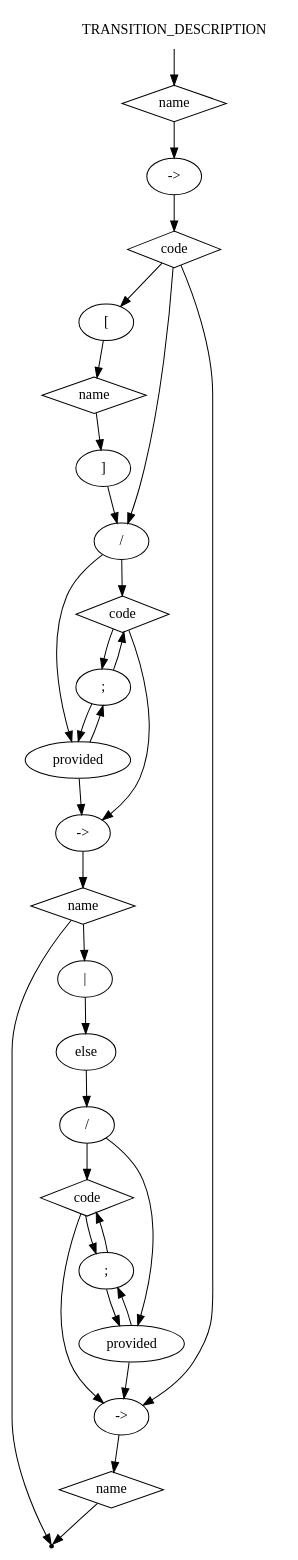
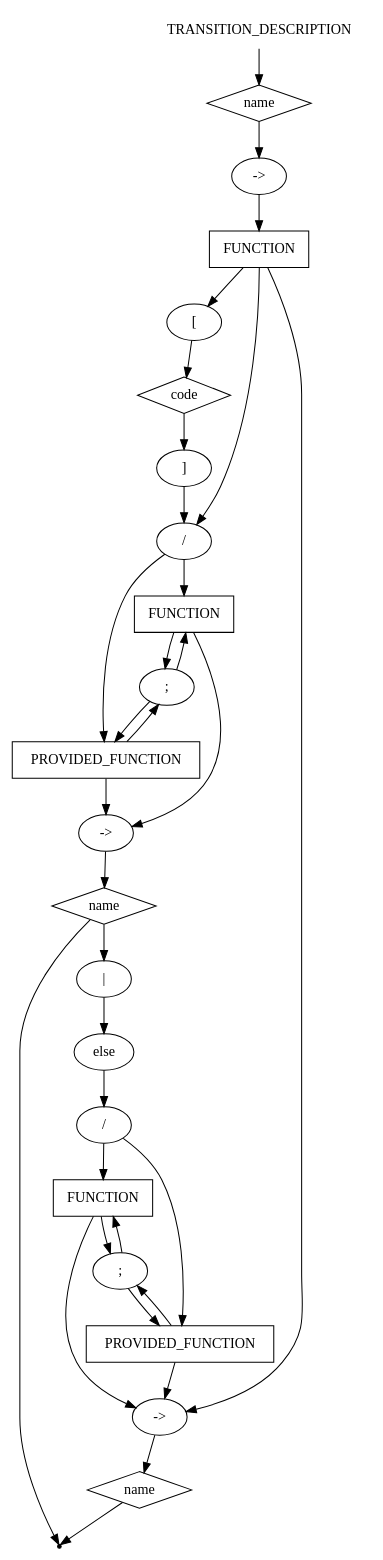
One commit to Samirox66/ciao changed the diagram in ciao_gv/transition_description.gv. Above: the diagram before and after it, drawn with Graphviz. The commit also changed 5 other files, not shown here.

Commit message:
rename effect_block, change code to func in thransition, add provided_finction

```diff
--- a/ciao_gv/transition_description.gv
+++ b/ciao_gv/transition_description.gv
@@ -1,75 +1,77 @@
 digraph TRANSITION_DESCRIPTION {
 start [label=TRANSITION_DESCRIPTION shape=plaintext]
 A [label=name shape=diamond]
 B [label="->" shape=oval]
-C [label=code shape=diamond]
+C [label=FUNCTION shape=box]
 
 D [label="[" shape=oval]
-E [label=name shape=diamond]
+E [label=code shape=diamond]
 F [label="]" shape=oval]
 
 G [label="/" shape=oval]
-H  [label=code shape=diamond]
-J [label="provided" shape=oval]
+H  [label=FUNCTION shape=box]
+J [label=PROVIDED_FUNCTION shape=box]
 U [label =";" shape=oval]
 
 K [label="->" shape=oval]
 L [label=name shape=diamond]
 
-P  [label="|" shape=oval]
-M  [label="else" shape=oval]
+P [label="|" shape=oval]
+M [label="else" shape=oval]
 N [label="/" shape=oval]
-T  [label=code shape=diamond]
-R [label="provided" shape=oval]
+T [label=FUNCTION shape=box]
+R [label=PROVIDED_FUNCTION shape=box]
 W [label =";" shape=oval]
 
 S [label="->" shape=oval]
 Q [label=name shape=diamond]
 
 end [label="" shape=point]
 
 start -> A
 A -> B
 B -> C
 
 C -> G
 C -> D
 
 C -> S
 
 D -> E 
 E -> F 
 F -> G
 
 G -> H
 G -> J
 
 H -> K
 J -> K
 H -> U
 J -> U
 U -> H
 U -> J
 
 
 K -> L
 L -> end
 
 L -> P 
 P -> M
 M -> N
 
 N -> T 
 N -> R
 
 T -> S 
-R -> S 
 T -> W 
+
+R -> S
 R -> W
+
+W -> R
 W -> T
-W -> R
 S -> Q
 
 Q -> end
 
 }
```
